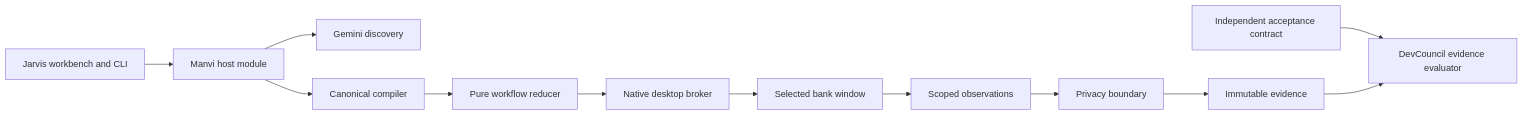
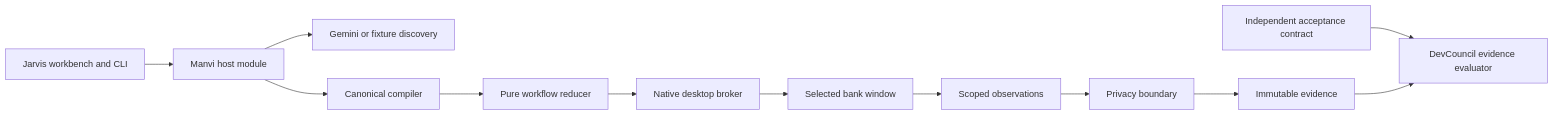
One commit to bharathvbcr/Jarvis changed the diagram in README.md. Above: the diagram before and after it, drawn with Mermaid. The commit also changed other lines of this file and 55 other files, not shown here.

````diff
--- a/README.md
+++ b/README.md
@@ -9,14 +16,14 @@
 ```mermaid
 flowchart LR
   W[Jarvis workbench and CLI] --> H[Manvi host module]
-  H --> D[Gemini discovery]
+  H --> D[Gemini or fixture discovery]
   H --> C[Canonical compiler]
   C --> E[Pure workflow reducer]
   E --> B[Native desktop broker]
   B --> A[Selected bank window]
   A --> O[Scoped observations]
   O --> P[Privacy boundary]
   P --> J[Immutable evidence]
   X[Independent acceptance contract] --> V[DevCouncil evidence evaluator]
   J --> V
 ```
````
